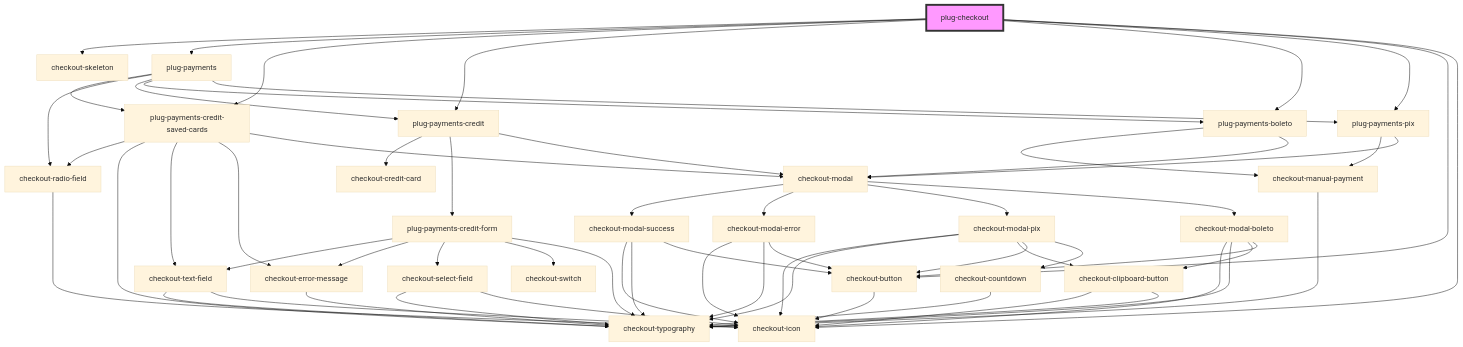
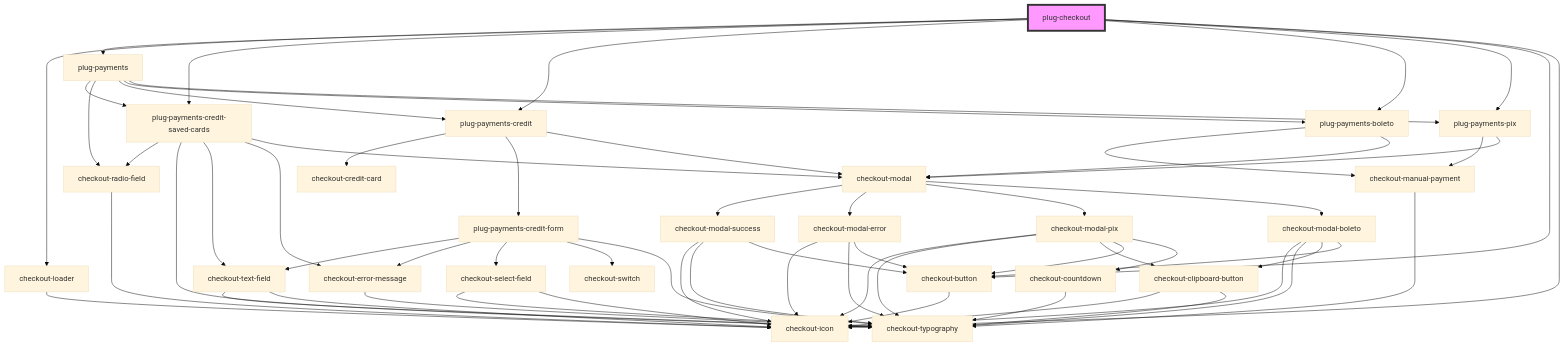
Before and after one commit to plughacker/malga-checkout: the diagram in packages/checkout/core/src/components/plug-checkout/readme.md, drawn with Mermaid (base theme). The commit also changed other lines of this file and 23 other files, not shown here.

Commit message:
feat(checkout-loaders): added the loader component, checkout/full loading states

````diff
--- a/packages/checkout/core/src/components/plug-checkout/readme.md
+++ b/packages/checkout/core/src/components/plug-checkout/readme.md
@@ -46,64 +47,65 @@
 ```mermaid
 graph TD;
-  plug-checkout --> checkout-skeleton
+  plug-checkout --> checkout-loader
   plug-checkout --> plug-payments
   plug-checkout --> plug-payments-credit-saved-cards
   plug-checkout --> plug-payments-credit
   plug-checkout --> plug-payments-boleto
   plug-checkout --> plug-payments-pix
   plug-checkout --> checkout-button
   plug-checkout --> checkout-icon
+  checkout-loader --> checkout-icon
   plug-payments --> plug-payments-credit-saved-cards
   plug-payments --> checkout-radio-field
   plug-payments --> plug-payments-credit
   plug-payments --> plug-payments-boleto
   plug-payments --> plug-payments-pix
   plug-payments-credit-saved-cards --> checkout-radio-field
   plug-payments-credit-saved-cards --> checkout-typography
   plug-payments-credit-saved-cards --> checkout-text-field
   plug-payments-credit-saved-cards --> checkout-error-message
   plug-payments-credit-saved-cards --> checkout-modal
   checkout-radio-field --> checkout-icon
   checkout-text-field --> checkout-typography
   checkout-text-field --> checkout-icon
   checkout-error-message --> checkout-typography
   checkout-modal --> checkout-modal-success
   checkout-modal --> checkout-modal-error
   checkout-modal --> checkout-modal-pix
   checkout-modal --> checkout-modal-boleto
   checkout-modal-success --> checkout-icon
   checkout-modal-success --> checkout-typography
   checkout-modal-success --> checkout-button
   checkout-button --> checkout-icon
   checkout-modal-error --> checkout-icon
   checkout-modal-error --> checkout-typography
   checkout-modal-error --> checkout-button
   checkout-modal-pix --> checkout-icon
   checkout-modal-pix --> checkout-typography
   checkout-modal-pix --> checkout-clipboard-button
   checkout-modal-pix --> checkout-button
   checkout-modal-pix --> checkout-countdown
   checkout-clipboard-button --> checkout-icon
   checkout-clipboard-button --> checkout-typography
   checkout-countdown --> checkout-typography
   checkout-modal-boleto --> checkout-icon
   checkout-modal-boleto --> checkout-typography
   checkout-modal-boleto --> checkout-clipboard-button
   checkout-modal-boleto --> checkout-button
   plug-payments-credit --> checkout-credit-card
   plug-payments-credit --> plug-payments-credit-form
   plug-payments-credit --> checkout-modal
   plug-payments-credit-form --> checkout-text-field
   plug-payments-credit-form --> checkout-error-message
   plug-payments-credit-form --> checkout-select-field
   plug-payments-credit-form --> checkout-switch
   plug-payments-credit-form --> checkout-typography
   checkout-select-field --> checkout-typography
   checkout-select-field --> checkout-icon
   plug-payments-boleto --> checkout-manual-payment
   plug-payments-boleto --> checkout-modal
   checkout-manual-payment --> checkout-typography
   plug-payments-pix --> checkout-manual-payment
   plug-payments-pix --> checkout-modal
   style plug-checkout fill:#f9f,stroke:#333,stroke-width:4px
 ```
````
